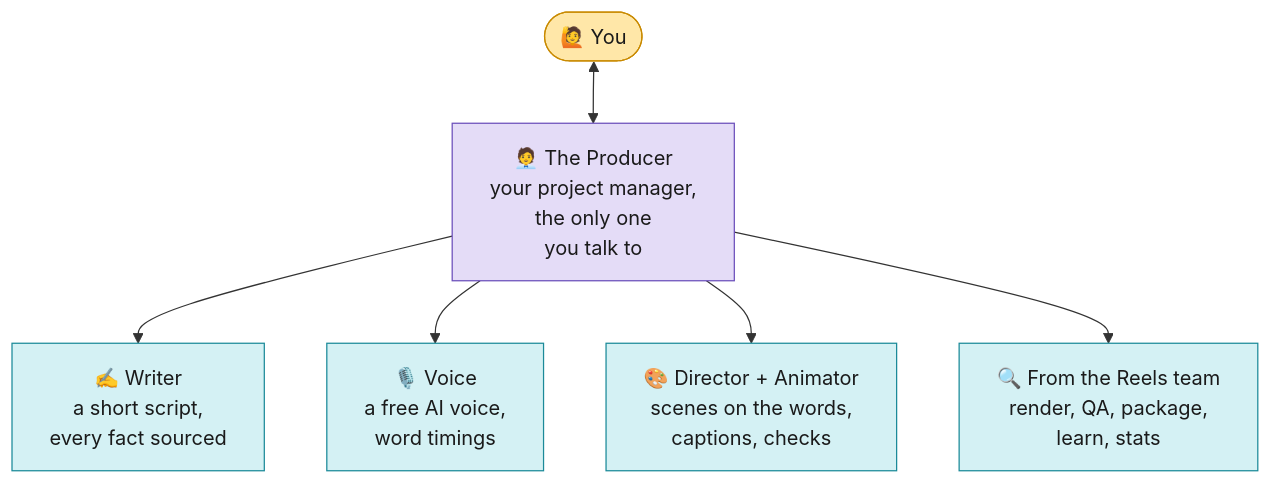
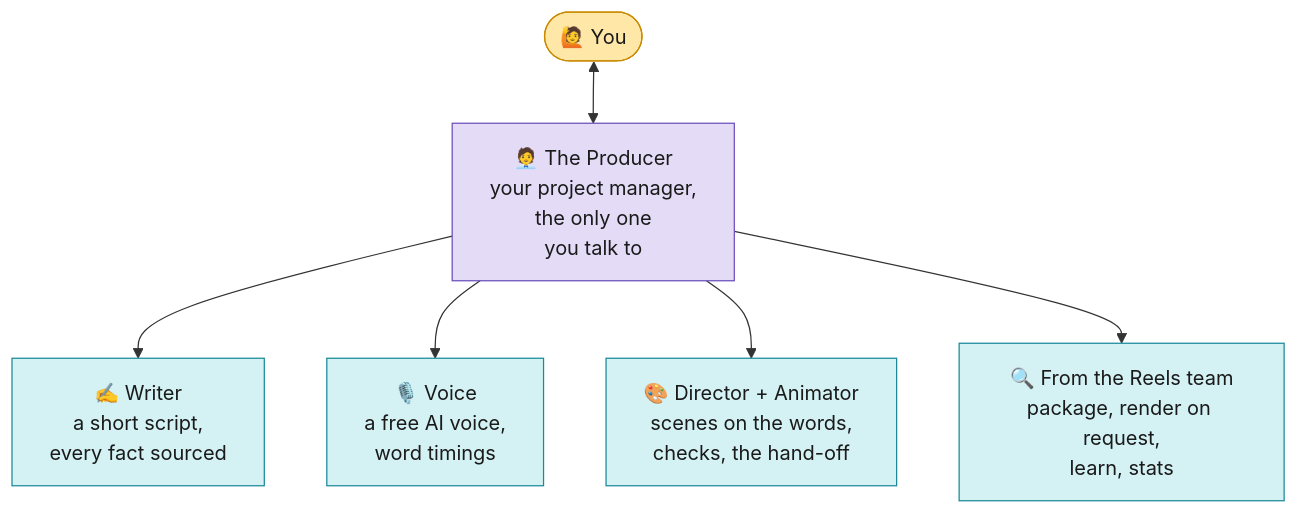
One commit to harshilsaini26/Video-Workflow changed the first of 3 diagrams in Editing-Workflow/explainer/README.md. Above: the diagram before and after it, drawn with Mermaid. The commit also changed other lines of this file and 3 other files, not shown here.

First line of the commit message:
Profile READMEs: the hand-off as the end, where you decide, what each team does now

````diff
--- a/Editing-Workflow/explainer/README.md
+++ b/Editing-Workflow/explainer/README.md
@@ -129,12 +147,11 @@
 ```mermaid
 flowchart TD
     YOU(["🙋 You"]):::you <--> P["🧑‍💼 The Producer<br/>your project manager,<br/>the only one<br/>you talk to"]:::lead
     P --> G1["✍️ Writer<br/>a short script,<br/>every fact sourced"]:::team
     P --> G2["🎙️ Voice<br/>a free AI voice,<br/>word timings"]:::team
-    P --> G3["🎨 Director + Animator<br/>scenes on the words,<br/>captions, checks"]:::team
-    P --> G4["🔍 From the Reels team<br/>render, QA, package,<br/>learn, stats"]:::team
+    P --> G3["🎨 Director + Animator<br/>scenes on the words,<br/>checks, the hand-off"]:::team
+    P --> G4["🔍 From the Reels team<br/>package, render on request,<br/>learn, stats"]:::team
     classDef you fill:#FFE7A8,stroke:#C98A00,color:#1a1a1a
     classDef team fill:#D4F1F4,stroke:#1B8A99,color:#1a1a1a
     classDef lead fill:#E4DCF7,stroke:#6B4FBB,color:#1a1a1a
-    classDef done fill:#D7F0D2,stroke:#3C8D2F,color:#1a1a1a
 ```
````
